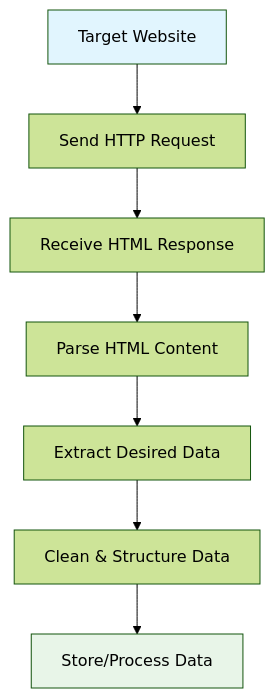
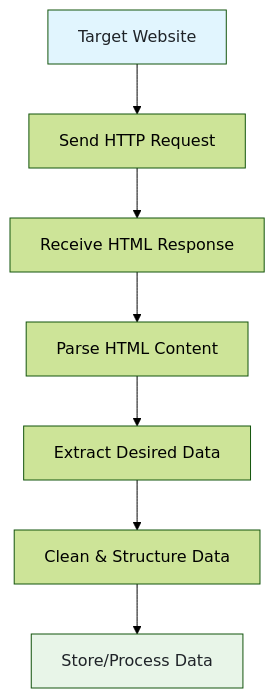
The first of 3 diagrams in _posts/2025-04-26-web-scraping-explained-what-why-how.md (bytetunnels/bytetunnels.github.com), drawn with Mermaid (forest theme) before and after one commit. The commit also changed other lines of this file and 118 other files, not shown here.

Commit message:
feat: improve diagram styling and compact wide flowcharts

````diff
--- a/_posts/2025-04-26-web-scraping-explained-what-why-how.md
+++ b/_posts/2025-04-26-web-scraping-explained-what-why-how.md
@@ -21,12 +21,12 @@
 ```mermaid
 flowchart TD
     A[Target Website] --> B[Send HTTP Request]
     B --> C[Receive HTML Response]
     C --> D[Parse HTML Content]
     D --> E[Extract Desired Data]
     E --> F["Clean & Structure Data"]
     F --> G[Store/Process Data]
-    
-    style A fill:#e1f5fe
-    style G fill:#e8f5e8
+
+    style A fill:#e1f5fe,color:#1f2328
+    style G fill:#e8f5e8,color:#1f2328
 ```
````
